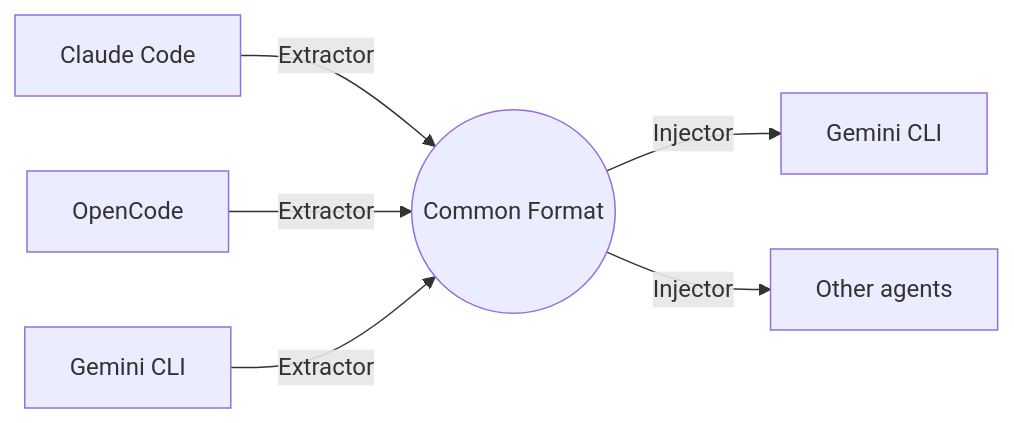
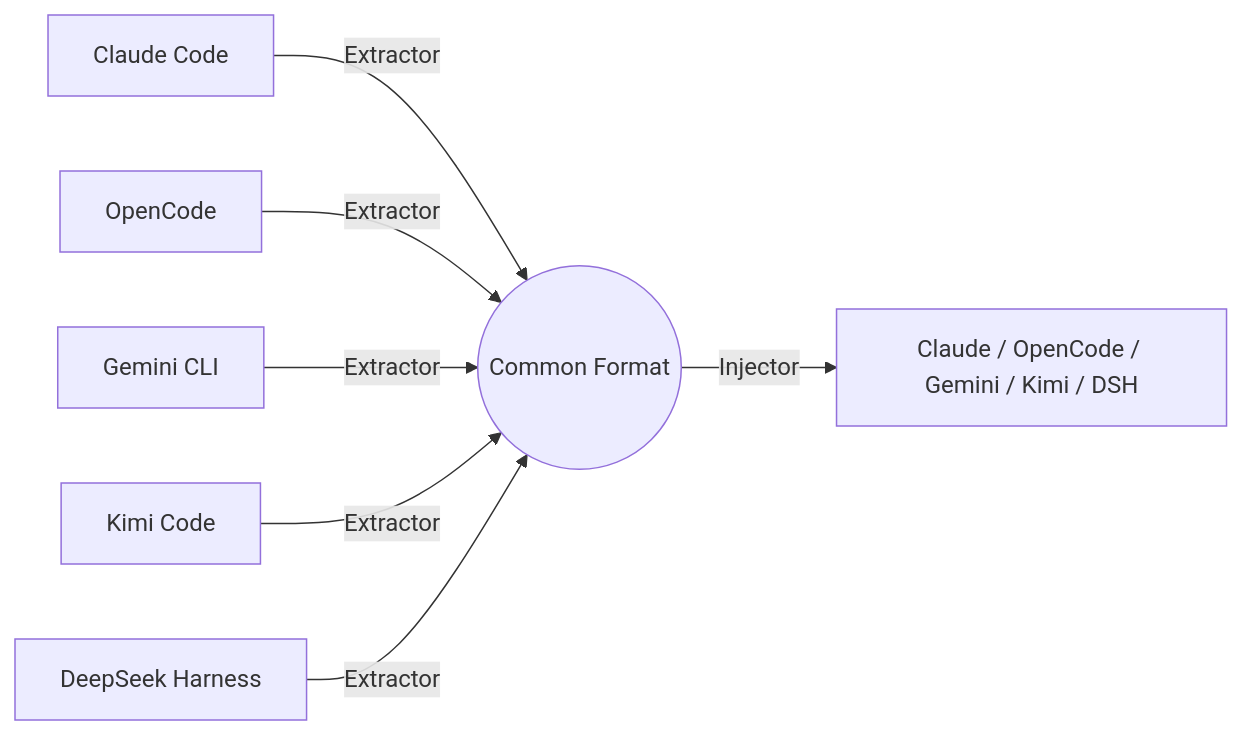
The diagram in website/docs/overview.md (iamvxrn/vibeporter), drawn with Mermaid before and after one commit. The commit also changed other lines of this file and 32 other files, not shown here.

Commit message:
Add round-trip migrate plus Kimi Code and DeepSeek Harness adapters.

````diff
--- a/website/docs/overview.md
+++ b/website/docs/overview.md
@@ -16,8 +16,9 @@
 ```mermaid
 graph LR
     A[Claude Code] -->|Extractor| IR((Common Format))
     B[OpenCode] -->|Extractor| IR
     C[Gemini CLI] -->|Extractor| IR
-    IR -->|Injector| D[Gemini CLI]
-    IR -->|Injector| E[Other agents]
+    K[Kimi Code] -->|Extractor| IR
+    DSH[DeepSeek Harness] -->|Extractor| IR
+    IR -->|Injector| D[Claude / OpenCode / Gemini / Kimi / DSH]
 ```
````
